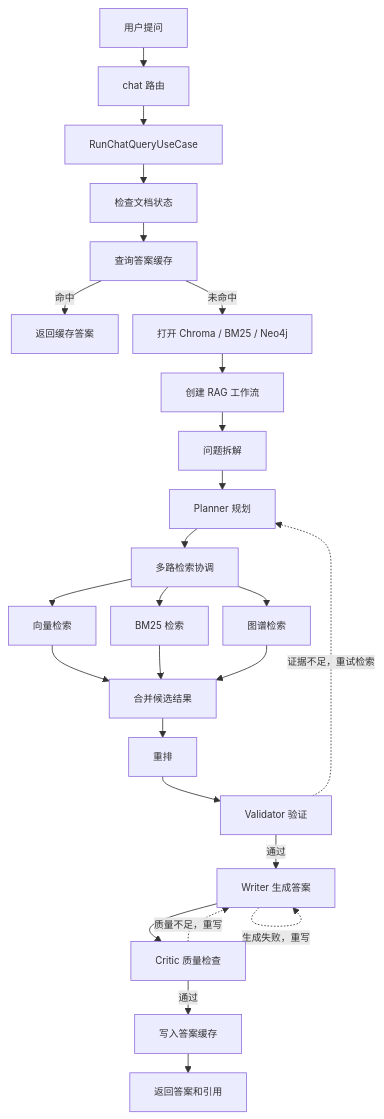
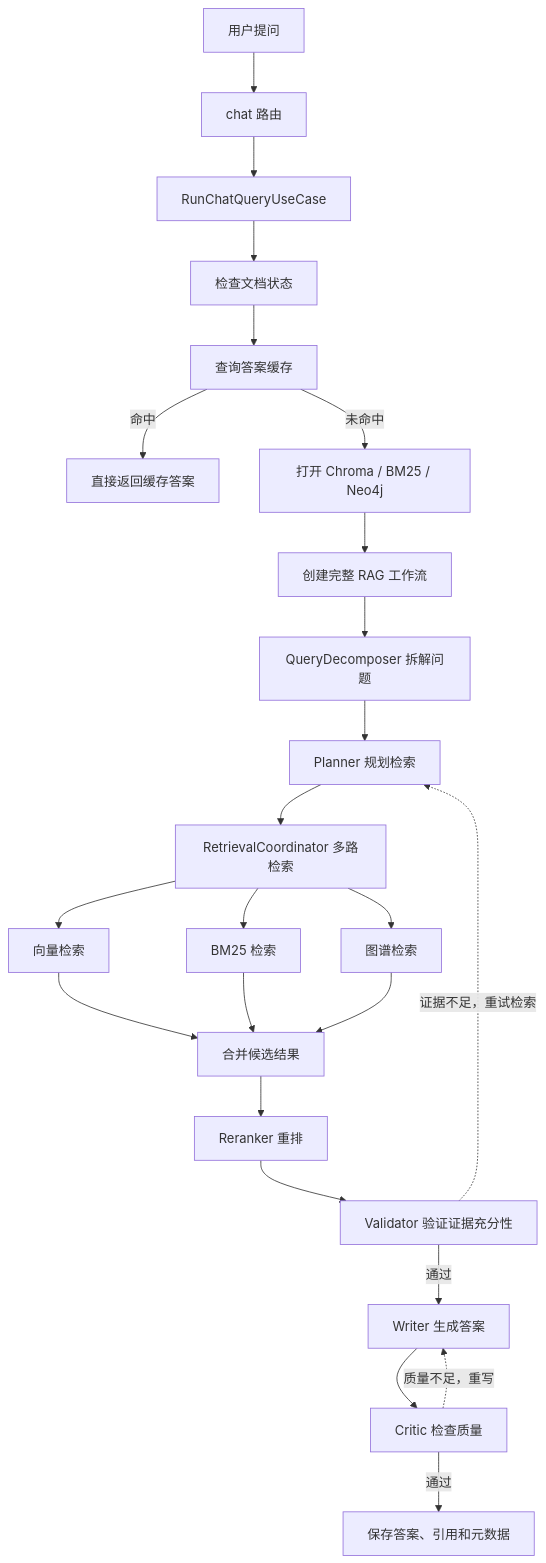
The third of 5 diagrams in README.md (TheLadyOfCute/Multi-Agent-RAG), drawn with Mermaid before and after one commit. The commit also changed other lines of this file, not shown here.

````diff
--- a/README.md
+++ b/README.md
@@ -133,29 +146,26 @@
 ```mermaid
-%%{init: {"themeVariables": {"fontSize": "12px"}, "flowchart": {"nodeSpacing": 18, "rankSpacing": 24, "curve": "basis"}}}%%
 flowchart TD
   A["用户提问"] --> B["chat 路由"]
   B --> C["RunChatQueryUseCase"]
   C --> D["检查文档状态"]
   D --> E["查询答案缓存"]
-  E -->|"命中"| Z["返回缓存答案"]
+  E -->|"命中"| Z["直接返回缓存答案"]
   E -->|"未命中"| F["打开 Chroma / BM25 / Neo4j"]
-  F --> G["创建 RAG 工作流"]
-  G --> H["问题拆解"]
-  H --> I["Planner 规划"]
-  I --> J["多路检索协调"]
+  F --> G["创建完整 RAG 工作流"]
+  G --> H["QueryDecomposer 拆解问题"]
+  H --> I["Planner 规划检索"]
+  I --> J["RetrievalCoordinator 多路检索"]
   J --> K["向量检索"]
   J --> L["BM25 检索"]
   J --> M["图谱检索"]
   K --> N["合并候选结果"]
   L --> N
   M --> N
-  N --> O["重排"]
-  O --> P["Validator 验证"]
+  N --> O["Reranker 重排"]
+  O --> P["Validator 验证证据充分性"]
   P -->|"通过"| Q["Writer 生成答案"]
   P -. "证据不足，重试检索" .-> I
-  Q --> R["Critic 质量检查"]
-  Q -. "生成失败，重写" .-> Q
-  R -->|"通过"| S["写入答案缓存"]
+  Q --> R["Critic 检查质量"]
+  R -->|"通过"| S["保存答案、引用和元数据"]
   R -. "质量不足，重写" .-> Q
-  S --> T["返回答案和引用"]
 ```
````
